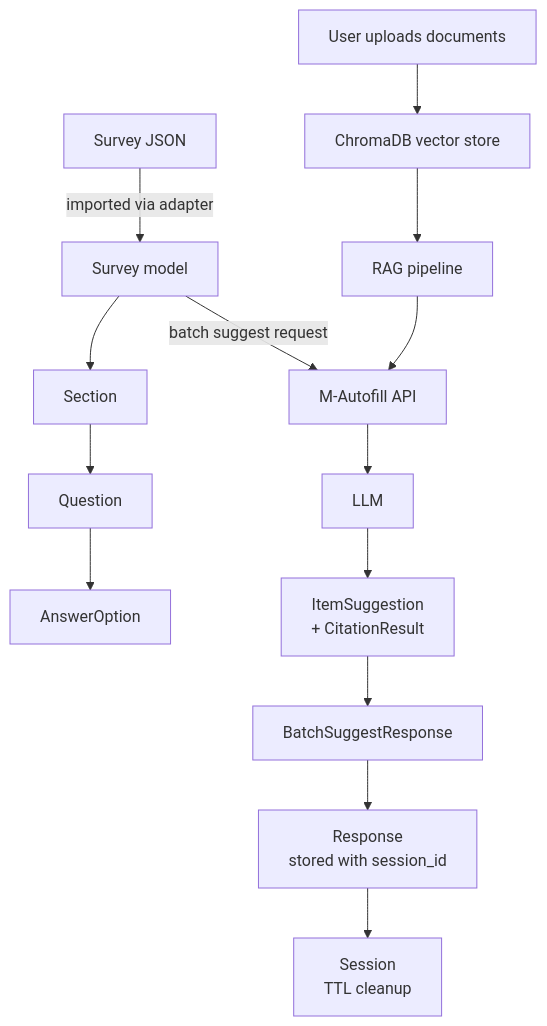
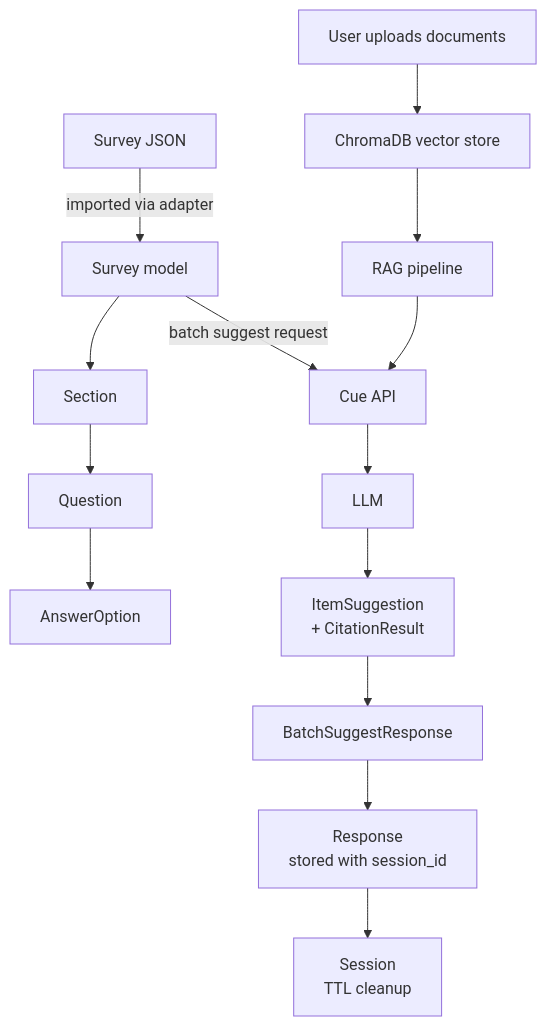
One commit to pxl-research/expats-geant changed the fifth of 5 diagrams in docs/DATA_MODEL.md. Above: the diagram before and after it, drawn with Mermaid. The commit also changed other lines of this file and 20 other files, not shown here.

````diff
--- a/docs/DATA_MODEL.md
+++ b/docs/DATA_MODEL.md
@@ -232,19 +232,19 @@
 ```mermaid
 flowchart TD
     A[Survey JSON] -->|imported via adapter| B[Survey model]
     B --> C[Section]
     C --> D[Question]
     D --> E[AnswerOption]
 
     F[User uploads documents] --> G[ChromaDB vector store]
     G --> H[RAG pipeline]
 
-    B -->|batch suggest request| I[M-Autofill API]
+    B -->|batch suggest request| I[Cue API]
     H --> I
     I --> J[LLM]
     J --> K[ItemSuggestion\n+ CitationResult]
     K --> L[BatchSuggestResponse]
 
     L --> M[Response\nstored with session_id]
     M --> N[Session\nTTL cleanup]
 ```
````
